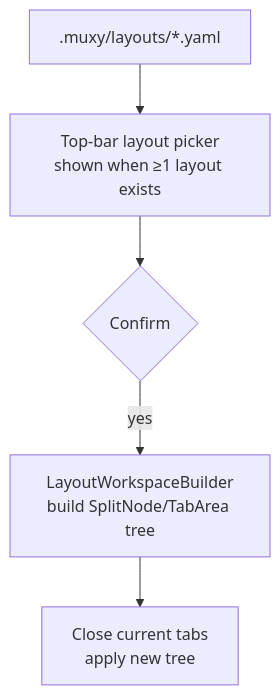
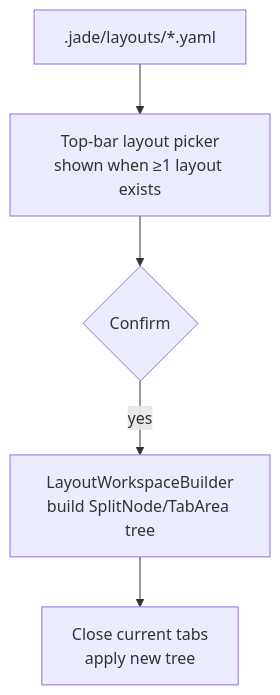
Before and after one commit to dot-RealityTest/jade: the diagram in docs/features/layouts/README.md, drawn with Mermaid. The commit also changed other lines of this file and 21 other files, not shown here.

Commit message:
Prefer .jade/ project config with .muxy/ fallback and finish Jade naming in UI and docs.

````diff
--- a/docs/features/layouts/README.md
+++ b/docs/features/layouts/README.md
@@ -5,7 +5,7 @@
 ```mermaid
 flowchart TB
-  Files[".muxy/layouts/*.yaml"] --> Picker[Top-bar layout picker<br/>shown when ≥1 layout exists]
+  Files[".jade/layouts/*.yaml"] --> Picker[Top-bar layout picker<br/>shown when ≥1 layout exists]
   Picker --> Confirm{Confirm}
   Confirm -->|yes| Build[LayoutWorkspaceBuilder<br/>build SplitNode/TabArea tree]
   Build --> Replace[Close current tabs<br/>apply new tree]
 ```
````
